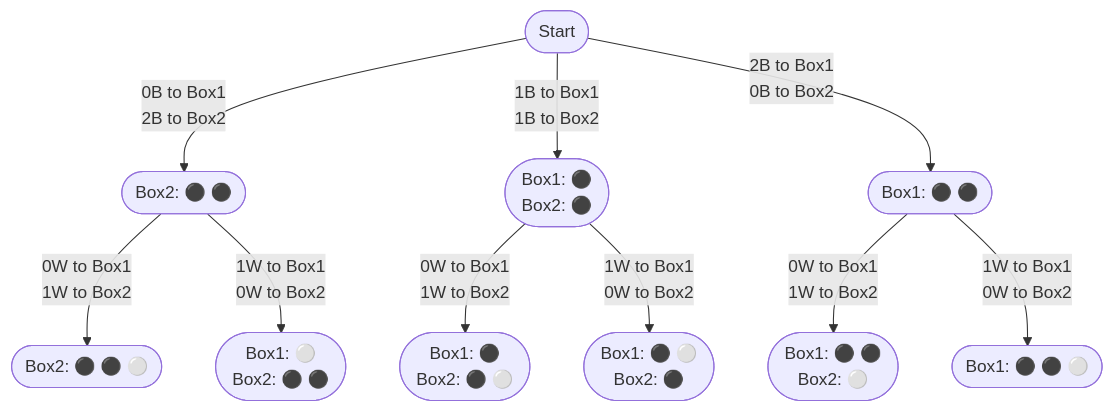
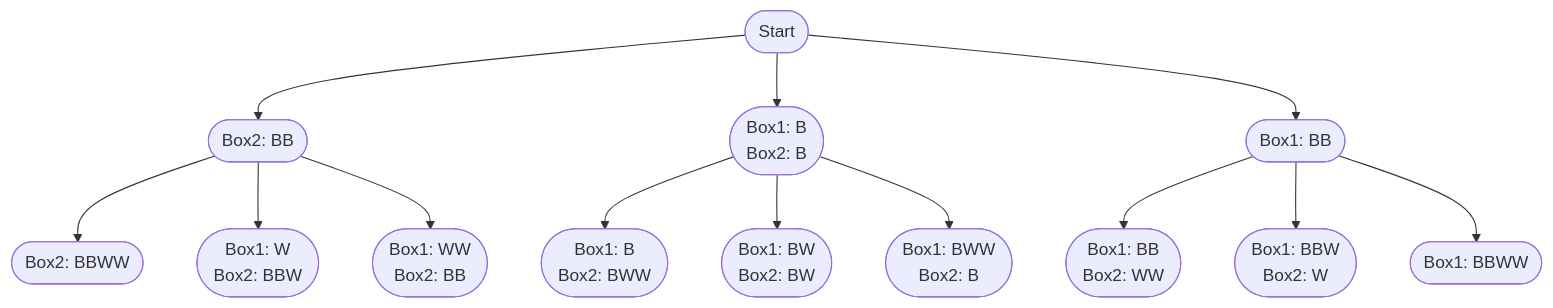
The diagram in docs/leetcode/1467-probability-of-a-two-boxes-having-the-same-number-of-distinct-balls.mdx (vchoudhari45/codingcargo-2.0), drawn with Mermaid before and after one commit. The commit also changed other lines of this file and 4 other files, not shown here.

````diff
--- a/docs/leetcode/1467-probability-of-a-two-boxes-having-the-same-number-of-distinct-balls.mdx
+++ b/docs/leetcode/1467-probability-of-a-two-boxes-having-the-same-number-of-distinct-balls.mdx
@@ -22,15 +53,18 @@
 ```mermaid
 graph TD
-    A([Start]) --> |0B to Box1 <br />  2B to Box2| B([Box2: ⚫ ⚫])
-    A --> |1B to Box1 <br />  1B to Box2| C([Box1: ⚫ <br /> Box2: ⚫])
-    A --> |2B to Box1 <br />  0B to Box2| D([Box1: ⚫ ⚫])
+    A([Start]) --> B([Box2: BB])
+    A --> C([Box1: B <br /> Box2: B])
+    A -->  D([Box1: BB])
 
-    B --> |0W to Box1 <br /> 1W to Box2| E([Box2: ⚫ ⚫ ⚪])
-    B --> |1W to Box1 <br /> 0W to Box2| F([Box1: ⚪ <br /> Box2: ⚫ ⚫])
-    
-    C --> |0W to Box1 <br /> 1W to Box2| G([Box1: ⚫ <br /> Box2: ⚫ ⚪])
-    C --> |1W to Box1 <br /> 0W to Box2| H([Box1: ⚫ ⚪ <br /> Box2: ⚫])
+		B -->  E([Box2: BBWW])
+		B -->  F([Box1: W <br /> Box2: BBW])
+		B -->  G([Box1: WW <br /> Box2: BB])
 
-    D --> |0W to Box1 <br /> 1W to Box2| I([Box1: ⚫ ⚫ <br /> Box2: ⚪])
-    D --> |1W to Box1 <br /> 0W to Box2| J([Box1: ⚫ ⚫ ⚪])
+		C -->  H([Box1: B <br /> Box2: BWW])
+		C -->  I([Box1: BW <br /> Box2: BW])
+		C -->  J([Box1: BWW <br /> Box2: B])
+
+		D -->  K([Box1: BB <br /> Box2: WW])
+		D -->  L([Box1: BBW <br /> Box2: W])
+		D -->  M([Box1: BBWW])
 ``` 
````
